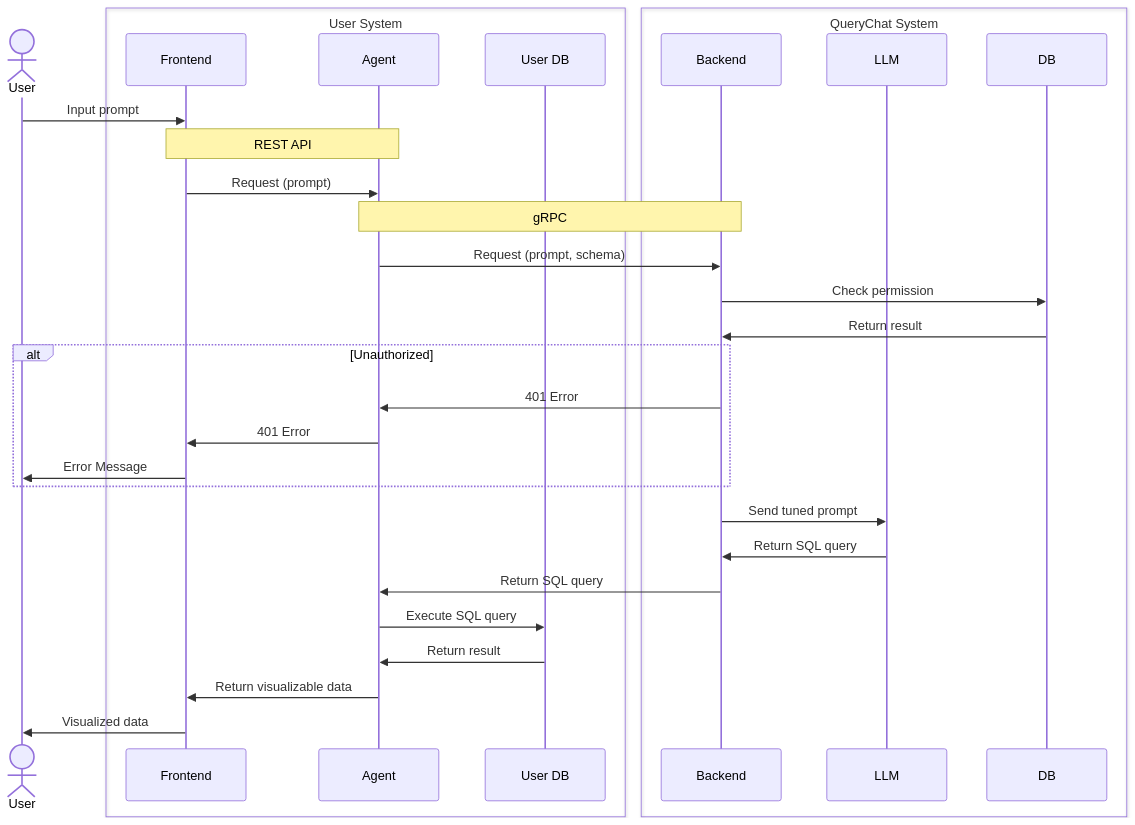
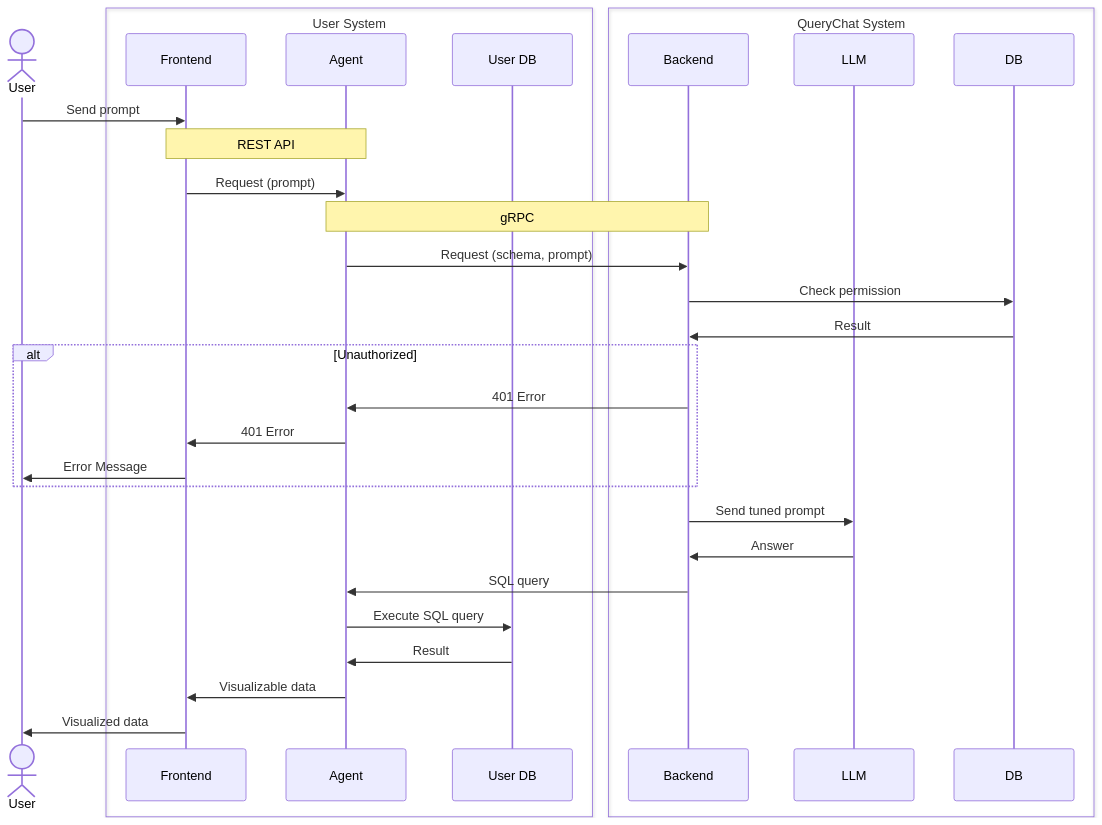
The diagram in README.md (rihib/querytalk), drawn with Mermaid before and after one commit.

Commit message:
doc: change text

````diff
--- a/README.md
+++ b/README.md
@@ -5,34 +5,34 @@
 ```mermaid
 sequenceDiagram
   actor User
   box User System
     participant Frontend
     participant Agent
     participant User DB
   end
   box QueryChat System
     participant Backend
     participant LLM
     participant DB
   end
 
-  User ->> Frontend: Input prompt
+  User ->> Frontend: Send prompt
   Note over Frontend, Agent: REST API
   Frontend ->> Agent: Request (prompt)
   Note over Agent, Backend: gRPC
-  Agent ->> Backend: Request (prompt, schema)
+  Agent ->> Backend: Request (schema, prompt)
   Backend ->> DB: Check permission
-  DB ->> Backend: Return result
+  DB ->> Backend: Result
   alt Unauthorized
     Backend ->> Agent: 401 Error
     Agent ->> Frontend: 401 Error
     Frontend ->> User: Error Message
   end
   Backend ->> LLM: Send tuned prompt
-  LLM ->> Backend: Return SQL query
-  Backend ->> Agent: Return SQL query
+  LLM ->> Backend: Answer
+  Backend ->> Agent: SQL query
   Agent ->> User DB: Execute SQL query
-  User DB ->> Agent: Return result
-  Agent ->> Frontend: Return visualizable data
+  User DB ->> Agent: Result
+  Agent ->> Frontend: Visualizable data
   Frontend ->> User: Visualized data
 ```
````
